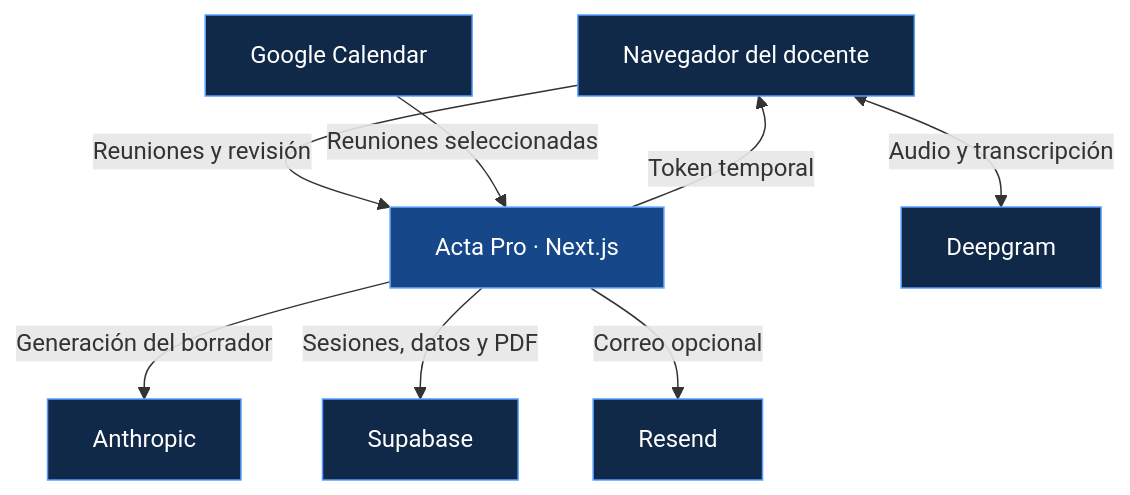
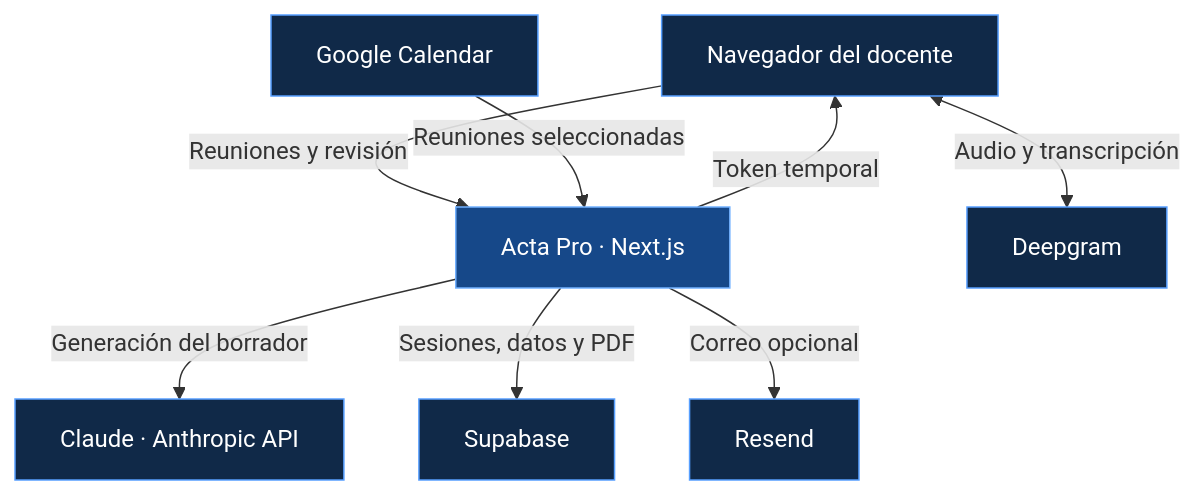
Before and after one commit to Pablinvb/acta-pro-mvp: the second of 2 diagrams in README.md, drawn with Mermaid. The commit also changed other lines of this file, not shown here.

Commit message:
docs: precisar la arquitectura y mejorar la redacción del README

````diff
--- a/README.md
+++ b/README.md
@@ -50,14 +50,14 @@
 ```mermaid
 flowchart TD
     N["Navegador del docente"] -->|"Reuniones y revisión"| A["Acta Pro · Next.js"]
     N <-->|"Audio y transcripción"| D["Deepgram"]
     A -->|"Token temporal"| N
-    A -->|"Generación del borrador"| I["Anthropic"]
+    A -->|"Generación del borrador"| I["Claude · Anthropic API"]
     A -->|"Sesiones, datos y PDF"| S["Supabase"]
     A -->|"Correo opcional"| R["Resend"]
     G["Google Calendar"] -->|"Reuniones seleccionadas"| A
     classDef app fill:#164889,color:#FFFFFF,stroke:#71B1FF
     classDef servicio fill:#102948,color:#FFFFFF,stroke:#579FFF
     class A app
     class N,D,I,S,R,G servicio
 ```
````
